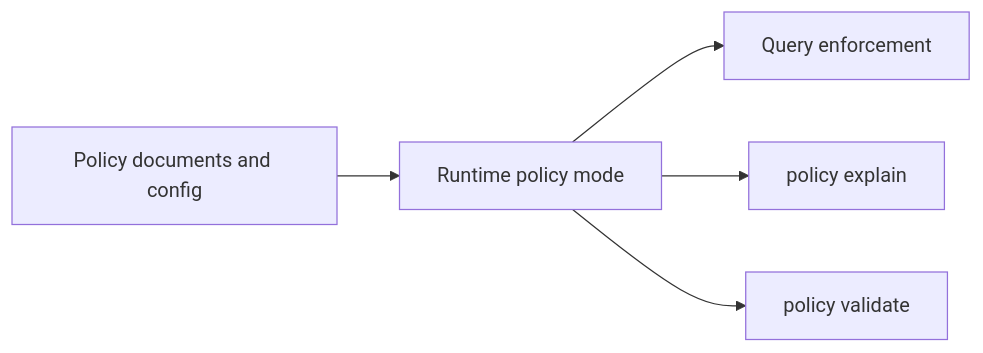
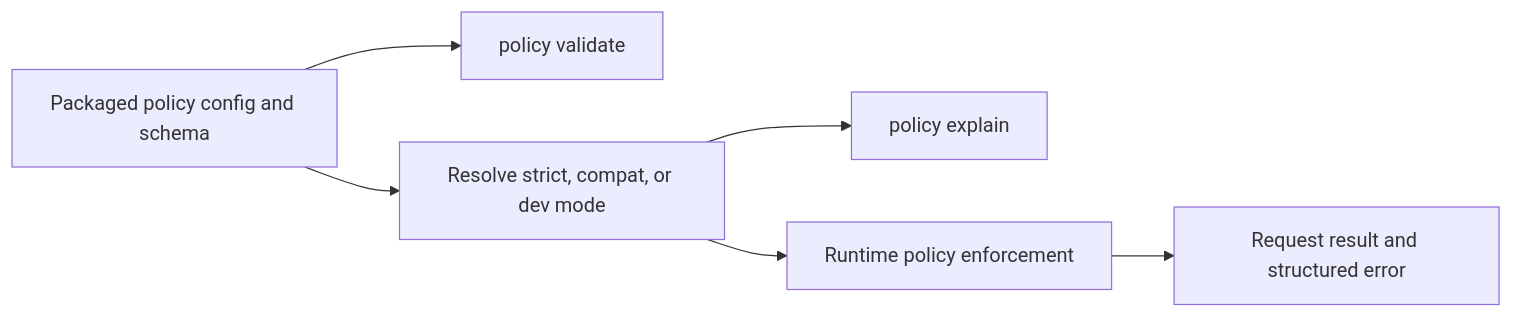
One commit to bijux/bijux-atlas changed the diagram in docs/bijux-atlas/interfaces/policy-workflows.md. Above: the diagram before and after it, drawn with Mermaid. The commit also changed other lines of this file and 2 other files, not shown here.

Commit message:
docs(interfaces): correct policy features and config semantics

````diff
--- a/docs/bijux-atlas/interfaces/policy-workflows.md
+++ b/docs/bijux-atlas/interfaces/policy-workflows.md
@@ -17,7 +18,8 @@
 ```mermaid
 flowchart LR
-    PolicyDocs[Policy documents and config] --> Runtime[Runtime policy mode]
-    Runtime --> Query[Query enforcement]
-    Runtime --> Explain[policy explain]
-    Runtime --> Validate[policy validate]
+    Source[Packaged policy config and schema] --> Validate[policy validate]
+    Source --> Resolve[Resolve strict, compat, or dev mode]
+    Resolve --> Explain[policy explain]
+    Resolve --> Runtime[Runtime policy enforcement]
+    Runtime --> Result[Request result and structured error]
 ```
````
